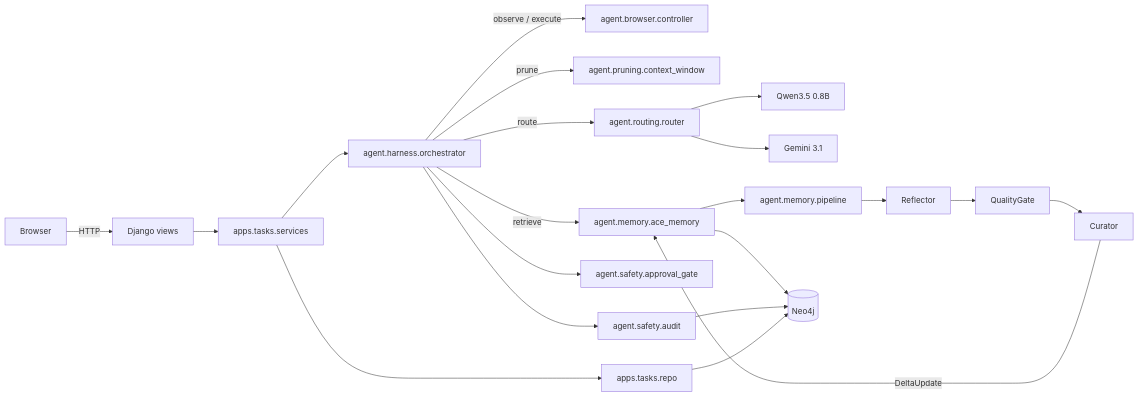
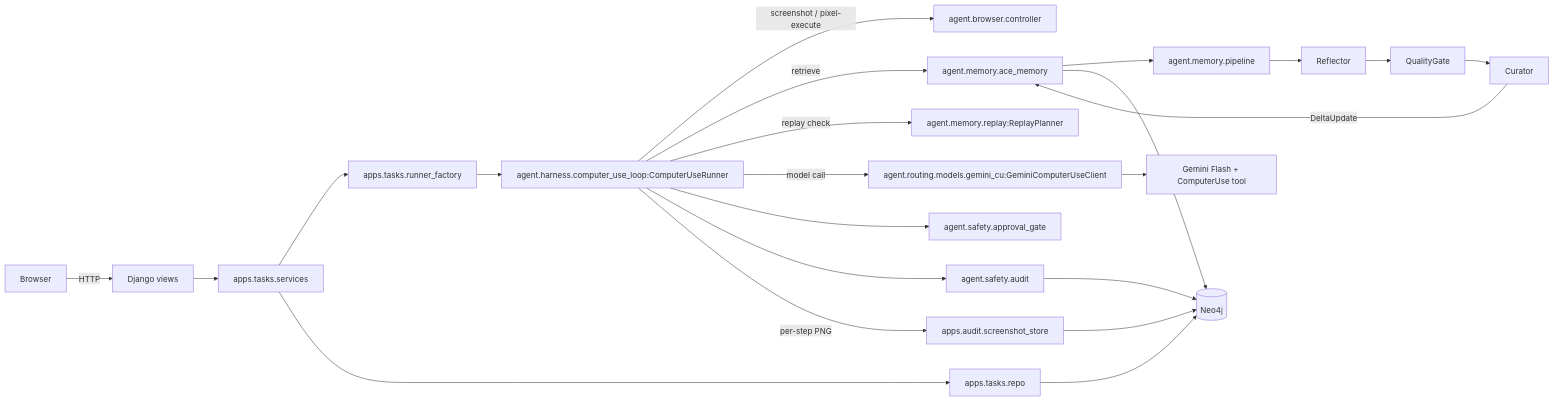
Before and after one commit to Edward-H26/CUTIEE: the diagram in docs/part1_product_refinement.md, drawn with Mermaid. The commit also changed 111 other files, not shown here.

````diff
--- a/docs/part1_product_refinement.md
+++ b/docs/part1_product_refinement.md
@@ -87,18 +87,21 @@
 ```mermaid
 flowchart LR
     User[Browser] -->|HTTP| Django[Django views]
     Django --> Services[apps.tasks.services]
-    Services --> Orchestrator[agent.harness.orchestrator]
-    Orchestrator -->|observe / execute| Browser[agent.browser.controller]
-    Orchestrator -->|prune| Pruner[agent.pruning.context_window]
-    Orchestrator -->|retrieve| Memory[agent.memory.ace_memory]
-    Orchestrator -->|route| Router[agent.routing.router]
-    Router --> Qwen[Qwen3.5 0.8B] & Gemini[Gemini 3.1]
-    Orchestrator --> Safety[agent.safety.approval_gate]
+    Services --> Factory[apps.tasks.runner_factory]
+    Factory --> Runner[agent.harness.computer_use_loop:ComputerUseRunner]
+    Runner -->|screenshot / pixel-execute| Browser[agent.browser.controller]
+    Runner -->|retrieve| Memory[agent.memory.ace_memory]
+    Runner -->|replay check| Replay[agent.memory.replay:ReplayPlanner]
+    Runner -->|model call| CuClient[agent.routing.models.gemini_cu:GeminiComputerUseClient]
+    CuClient --> Gemini[Gemini Flash + ComputerUse tool]
+    Runner --> Safety[agent.safety.approval_gate]
     Memory --> Pipeline[agent.memory.pipeline]
     Pipeline --> Reflector --> Gate[QualityGate] --> Curator
     Curator -->|DeltaUpdate| Memory
     Memory --> Neo4j[(Neo4j)]
-    Orchestrator --> Audit[agent.safety.audit] --> Neo4j
+    Runner --> Audit[agent.safety.audit] --> Neo4j
+    Runner -->|per-step PNG| Screenshots[apps.audit.screenshot_store]
+    Screenshots --> Neo4j
     Services --> TasksRepo[apps.tasks.repo] --> Neo4j
 ```
````
